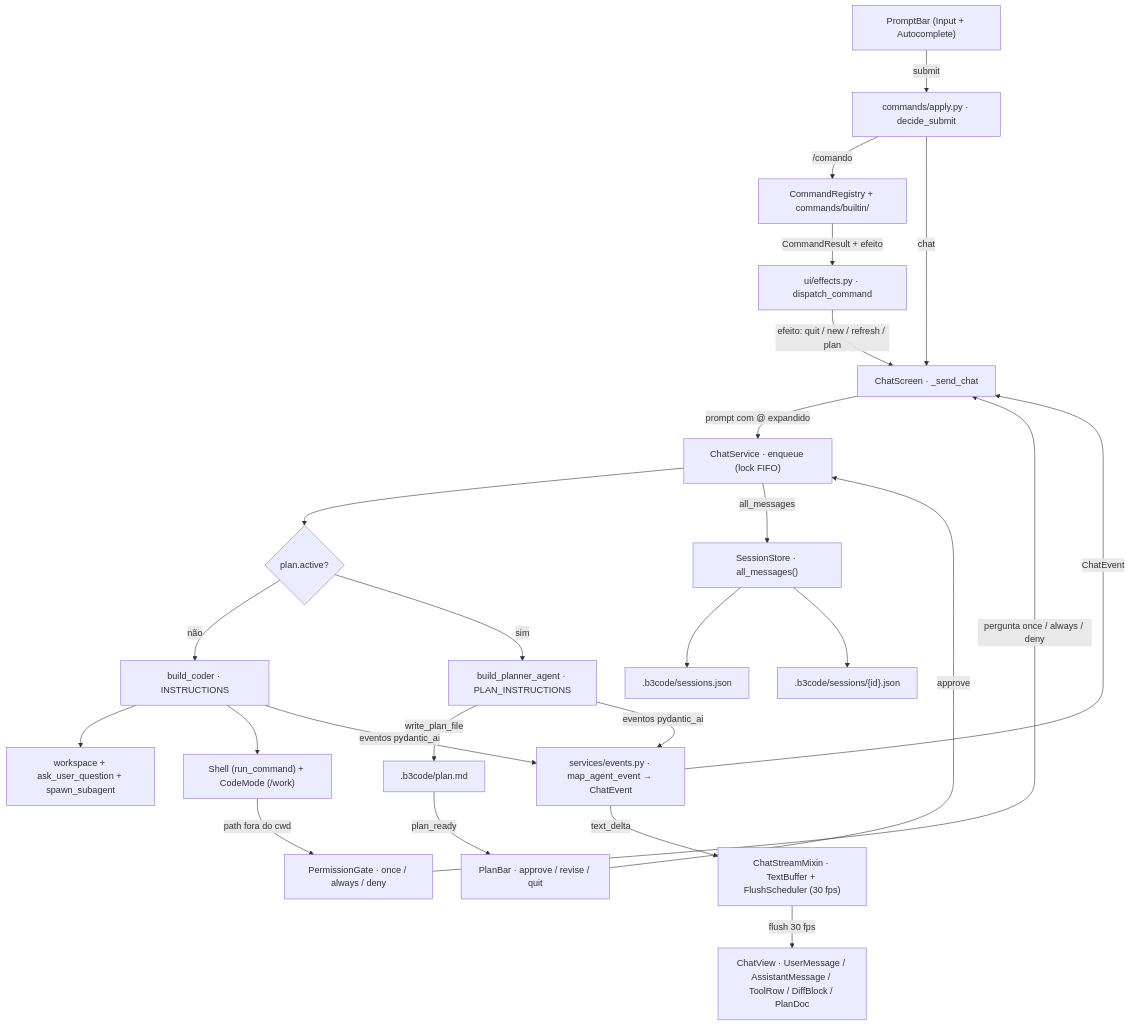
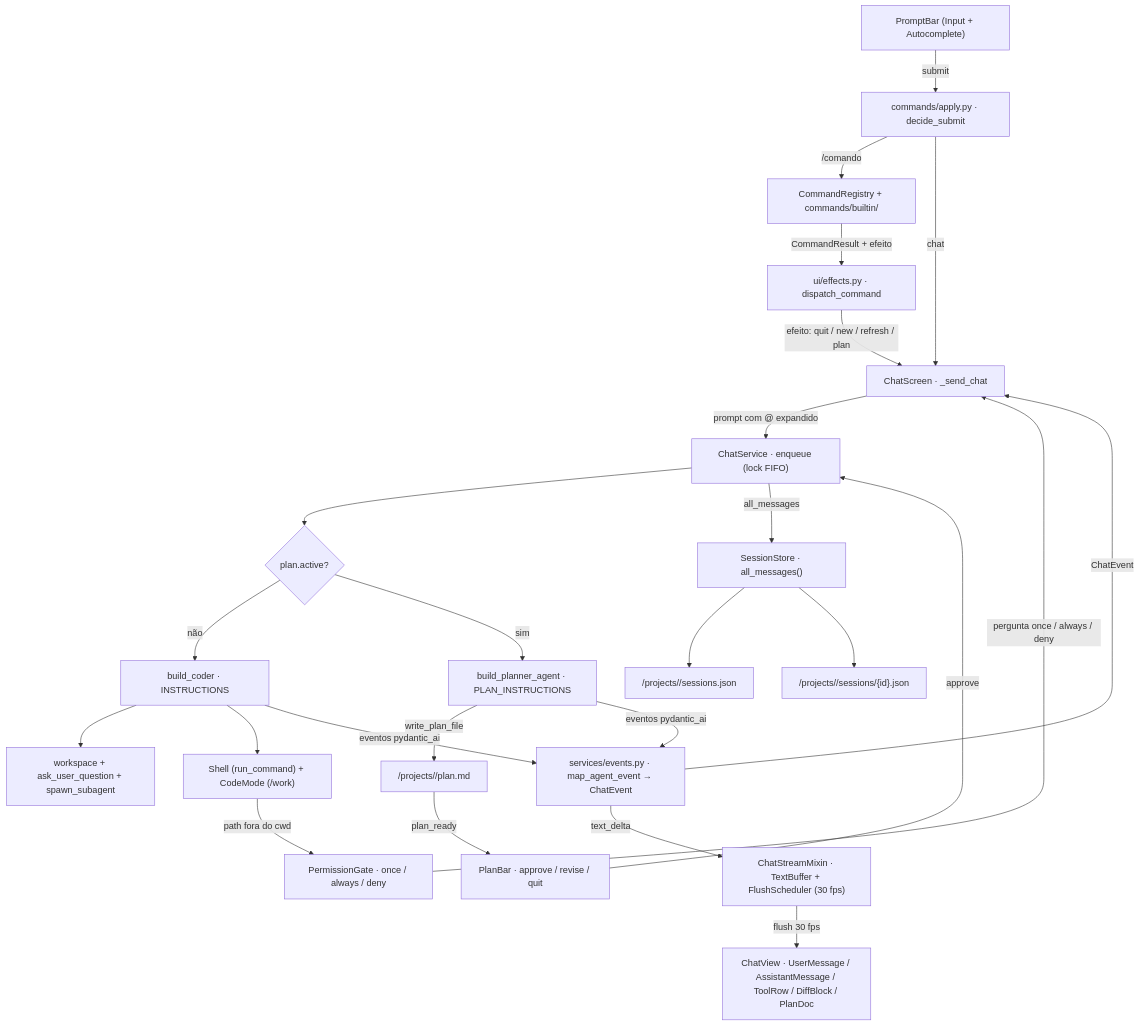
Before and after one commit to nicolasmmb/b3code: the first of 5 diagrams in README.md, drawn with Mermaid. The commit also changed other lines of this file and 26 other files, not shown here.

````diff
--- a/README.md
+++ b/README.md
@@ -310,48 +334,48 @@
 ```mermaid
 flowchart TB
     PROMPT["PromptBar (Input + Autocomplete)"]
     APPLY["commands/apply.py · decide_submit"]
     REG["CommandRegistry + commands/builtin/"]
     DISP["ui/effects.py · dispatch_command"]
     SCREEN["ChatScreen · _send_chat"]
     CHAT["ChatService · enqueue (lock FIFO)"]
     PLANQ{"plan.active?"}
     CODER["build_coder · INSTRUCTIONS"]
     PLANNER["build_planner_agent · PLAN_INSTRUCTIONS"]
     TOOLS["workspace + ask_user_question + spawn_subagent"]
     SHELL["Shell (run_command) + CodeMode (/work)"]
     GATE["PermissionGate · once / always / deny"]
-    PLANMD[".b3code/plan.md"]
+    PLANMD["<home-b3code>/projects/<key>/plan.md"]
     PB["PlanBar · approve / revise / quit"]
     EVENTS["services/events.py · map_agent_event → ChatEvent"]
     STREAM["ChatStreamMixin · TextBuffer + FlushScheduler (30 fps)"]
     VIEW["ChatView · UserMessage / AssistantMessage / ToolRow / DiffBlock / PlanDoc"]
     SESS["SessionStore · all_messages()"]
-    IDX[".b3code/sessions.json"]
-    BLOBS[".b3code/sessions/{id}.json"]
+    IDX["<home-b3code>/projects/<key>/sessions.json"]
+    BLOBS["<home-b3code>/projects/<key>/sessions/{id}.json"]
 
     PROMPT -->|submit| APPLY
     APPLY -->|"/comando"| REG
     REG -->|CommandResult + efeito| DISP
     DISP -->|efeito: quit / new / refresh / plan| SCREEN
     APPLY -->|chat| SCREEN
     SCREEN -->|prompt com @ expandido| CHAT
     CHAT --> PLANQ
     PLANQ -->|não| CODER
     PLANQ -->|sim| PLANNER
     CODER --> TOOLS
     CODER --> SHELL
     SHELL -->|path fora do cwd| GATE
     GATE -->|pergunta once / always / deny| SCREEN
     PLANNER -->|write_plan_file| PLANMD
     PLANMD -->|plan_ready| PB
     PB -->|approve| CHAT
     CODER -->|eventos pydantic_ai| EVENTS
     PLANNER -->|eventos pydantic_ai| EVENTS
     EVENTS -->|ChatEvent| SCREEN
     EVENTS -->|text_delta| STREAM
     STREAM -->|flush 30 fps| VIEW
     CHAT -->|all_messages| SESS
     SESS --> IDX
     SESS --> BLOBS
 ```
````
